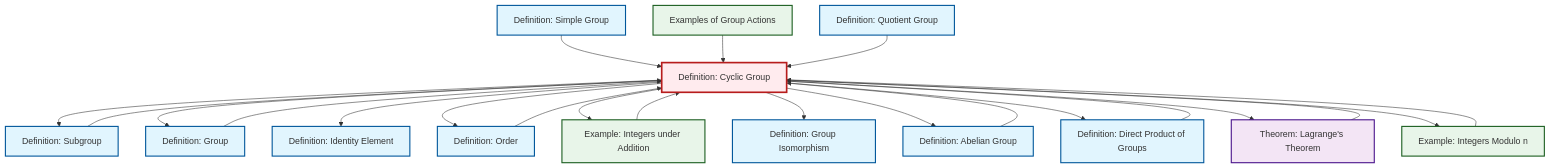
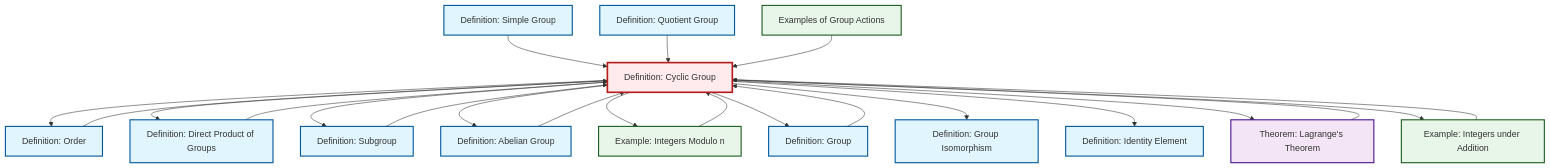
One commit to RK0429/ModernMath changed the diagram in content/ja/algebra/def-cyclic-group.qmd. Above: the diagram before and after it, drawn with Mermaid. The commit also changed other lines of this file and 597 other files, not shown here.

````diff
--- a/content/ja/algebra/def-cyclic-group.qmd
+++ b/content/ja/algebra/def-cyclic-group.qmd
@@ -102,58 +102,58 @@
 ```{mermaid}
 %%| fig-cap: "Local dependency graph"
 graph TD
     classDef definition fill:#e1f5fe,stroke:#01579b,stroke-width:2px
     classDef theorem fill:#f3e5f5,stroke:#4a148c,stroke-width:2px
     classDef axiom fill:#fff3e0,stroke:#e65100,stroke-width:2px
     classDef example fill:#e8f5e9,stroke:#1b5e20,stroke-width:2px
     classDef current fill:#ffebee,stroke:#b71c1c,stroke-width:3px
+    def-identity-element["Definition: Identity Element"]:::definition
+    def-cyclic-group["Definition: Cyclic Group"]:::definition
+    def-order["Definition: Order"]:::definition
+    ex-quotient-integers-mod-n["Example: Integers Modulo n"]:::example
+    thm-lagrange["Theorem: Lagrange's Theorem"]:::theorem
     def-simple-group["Definition: Simple Group"]:::definition
-    def-subgroup["Definition: Subgroup"]:::definition
-    ex-quotient-integers-mod-n["Example: Integers Modulo n"]:::example
-    def-order["Definition: Order"]:::definition
-    def-quotient-group["Definition: Quotient Group"]:::definition
-    thm-lagrange["Theorem: Lagrange's Theorem"]:::theorem
-    def-abelian-group["Definition: Abelian Group"]:::definition
-    def-isomorphism["Definition: Group Isomorphism"]:::definition
-    def-cyclic-group["Definition: Cyclic Group"]:::definition
-    def-identity-element["Definition: Identity Element"]:::definition
     ex-integers-addition["Example: Integers under Addition"]:::example
     ex-group-action-examples["Examples of Group Actions"]:::example
+    def-isomorphism["Definition: Group Isomorphism"]:::definition
+    def-quotient-group["Definition: Quotient Group"]:::definition
+    def-abelian-group["Definition: Abelian Group"]:::definition
+    def-subgroup["Definition: Subgroup"]:::definition
+    def-direct-product["Definition: Direct Product of Groups"]:::definition
     def-group["Definition: Group"]:::definition
-    def-direct-product["Definition: Direct Product of Groups"]:::definition
+    def-cyclic-group --> def-order
+    def-simple-group --> def-cyclic-group
+    thm-lagrange --> def-cyclic-group
+    def-quotient-group --> def-cyclic-group
+    def-subgroup --> def-cyclic-group
+    def-cyclic-group --> def-direct-product
+    def-group --> def-cyclic-group
+    def-order --> def-cyclic-group
+    def-abelian-group --> def-cyclic-group
     def-cyclic-group --> def-subgroup
+    def-direct-product --> def-cyclic-group
     ex-integers-addition --> def-cyclic-group
+    def-cyclic-group --> def-abelian-group
+    def-cyclic-group --> ex-quotient-integers-mod-n
+    ex-quotient-integers-mod-n --> def-cyclic-group
     def-cyclic-group --> def-group
+    def-cyclic-group --> def-isomorphism
     def-cyclic-group --> def-identity-element
-    def-direct-product --> def-cyclic-group
-    def-cyclic-group --> def-order
-    def-group --> def-cyclic-group
+    def-cyclic-group --> thm-lagrange
     def-cyclic-group --> ex-integers-addition
-    ex-quotient-integers-mod-n --> def-cyclic-group
-    def-abelian-group --> def-cyclic-group
-    def-cyclic-group --> def-isomorphism
-    def-cyclic-group --> def-abelian-group
-    def-cyclic-group --> def-direct-product
-    def-cyclic-group --> thm-lagrange
-    thm-lagrange --> def-cyclic-group
-    def-simple-group --> def-cyclic-group
-    def-order --> def-cyclic-group
-    def-cyclic-group --> ex-quotient-integers-mod-n
     ex-group-action-examples --> def-cyclic-group
-    def-subgroup --> def-cyclic-group
-    def-quotient-group --> def-cyclic-group
     class def-cyclic-group current
+    click def-identity-element "def-identity-element.html" "Definition: Identity Elementへ"
+    click def-order "def-order.html" "Definition: Orderへ"
+    click ex-quotient-integers-mod-n "ex-quotient-integers-mod-n.html" "Example: Integers Modulo nへ"
+    click thm-lagrange "thm-lagrange.html" "Theorem: Lagrange's Theoremへ"
     click def-simple-group "def-simple-group.html" "Definition: Simple Groupへ"
-    click def-subgroup "def-subgroup.html" "Definition: Subgroupへ"
-    click ex-quotient-integers-mod-n "ex-quotient-integers-mod-n.html" "Example: Integers Modulo nへ"
-    click def-order "def-order.html" "Definition: Orderへ"
-    click def-quotient-group "def-quotient-group.html" "Definition: Quotient Groupへ"
-    click thm-lagrange "thm-lagrange.html" "Theorem: Lagrange's Theoremへ"
-    click def-abelian-group "def-abelian-group.html" "Definition: Abelian Groupへ"
-    click def-isomorphism "def-isomorphism.html" "Definition: Group Isomorphismへ"
-    click def-identity-element "def-identity-element.html" "Definition: Identity Elementへ"
     click ex-integers-addition "ex-integers-addition.html" "Example: Integers under Additionへ"
     click ex-group-action-examples "ex-group-action-examples.html" "Examples of Group Actionsへ"
+    click def-isomorphism "def-isomorphism.html" "Definition: Group Isomorphismへ"
+    click def-quotient-group "def-quotient-group.html" "Definition: Quotient Groupへ"
+    click def-abelian-group "def-abelian-group.html" "Definition: Abelian Groupへ"
+    click def-subgroup "def-subgroup.html" "Definition: Subgroupへ"
+    click def-direct-product "def-direct-product.html" "Definition: Direct Product of Groupsへ"
     click def-group "def-group.html" "Definition: Groupへ"
-    click def-direct-product "def-direct-product.html" "Definition: Direct Product of Groupsへ"
 ```
````
